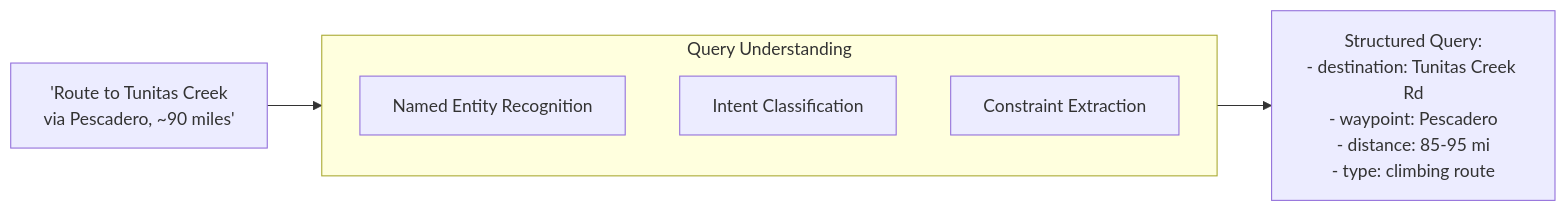
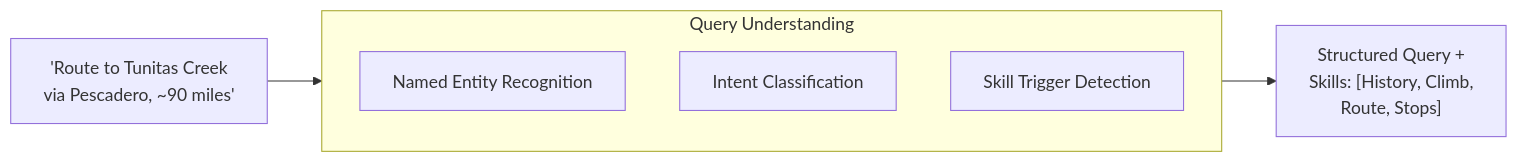
One commit to bendrucker/route-agent changed the third of 5 diagrams in docs/architecture.md. Above: the diagram before and after it, drawn with Mermaid. The commit also changed other lines of this file and 3 other files, not shown here.

First line of the commit message:
Add skills-based architecture and tool catalog

````diff
--- a/docs/architecture.md
+++ b/docs/architecture.md
@@ -55,14 +106,14 @@
 ```mermaid
 flowchart LR
     Input["'Route to Tunitas Creek<br/>via Pescadero, ~90 miles'"]
 
     subgraph Parse["Query Understanding"]
         NER[Named Entity Recognition]
         Intent[Intent Classification]
-        Constraints[Constraint Extraction]
+        Triggers[Skill Trigger Detection]
     end
 
-    Output["Structured Query:<br/>- destination: Tunitas Creek Rd<br/>- waypoint: Pescadero<br/>- distance: 85-95 mi<br/>- type: climbing route"]
+    Output["Structured Query +<br/>Skills: [History, Climb,<br/>Route, Stops]"]
 
     Input --> Parse --> Output
 ```
````
